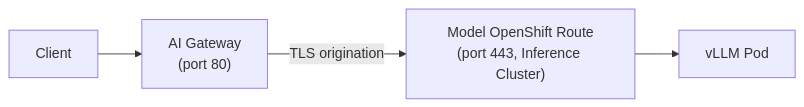
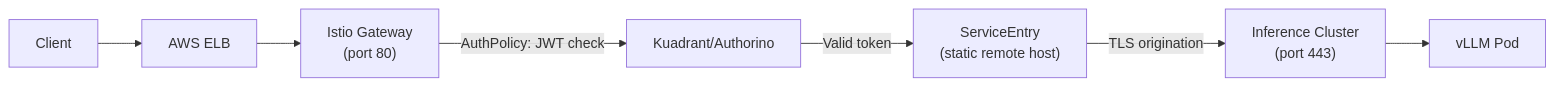
Before and after one commit to rrbanda/maas-demo: the second of 2 diagrams in docs/architecture.md, drawn with Mermaid. The commit also changed other lines of this file and 1 other file, not shown here.

First line of the commit message:
docs: make multi-cluster topology description technically accurate

````diff
--- a/docs/architecture.md
+++ b/docs/architecture.md
@@ -169,6 +180,9 @@
 ```mermaid
 flowchart LR
-    C["Client"] --> GW["AI Gateway<br/>(port 80)"]
-    GW -->|"TLS origination"| Route["Model OpenShift Route<br/>(port 443, Inference Cluster)"]
+    C["Client"] --> ELB["AWS ELB"]
+    ELB --> GW["Istio Gateway<br/>(port 80)"]
+    GW -->|"AuthPolicy: JWT check"| Auth["Kuadrant/Authorino"]
+    Auth -->|"Valid token"| SE["ServiceEntry<br/>(static remote host)"]
+    SE -->|"TLS origination"| Route["Inference Cluster<br/>(port 443)"]
     Route --> Model["vLLM Pod"]
 ```
````
